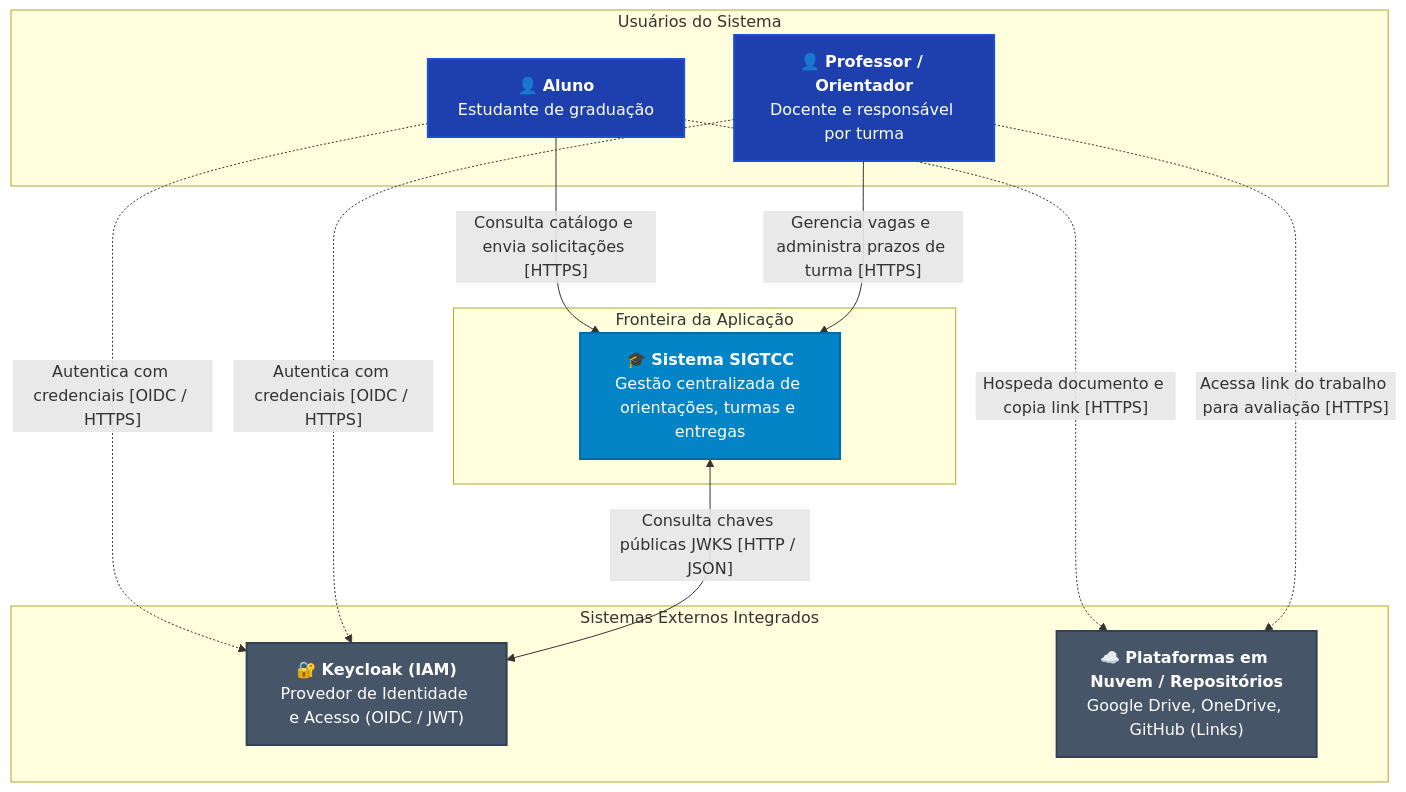
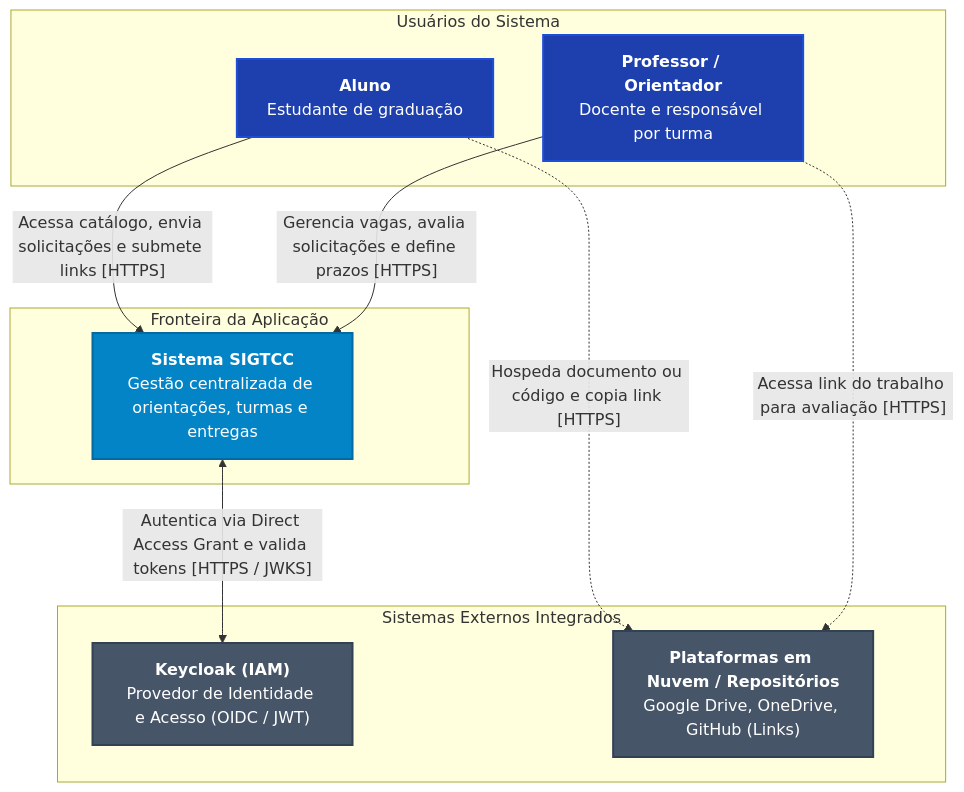
The diagram in docs/diagramas/c1-contexto.md (IFSC-ES2/es2-2026_2-equipe-3), drawn with Mermaid before and after one commit. The commit also changed other lines of this file and 2 other files, not shown here.

Commit message:
docs: ajusta arquitetura e diagramas

````diff
--- a/docs/diagramas/c1-contexto.md
+++ b/docs/diagramas/c1-contexto.md
@@ -9,30 +9,28 @@
 ```mermaid
 flowchart TB
     classDef actor fill:#1e40af,stroke:#1d4ed8,stroke-width:2px,color:#ffffff;
     classDef system fill:#0284c7,stroke:#0369a1,stroke-width:2px,color:#ffffff;
     classDef external fill:#475569,stroke:#334155,stroke-width:2px,color:#ffffff;
 
     subgraph Atores["Usuários do Sistema"]
-        aluno["👤 <b>Aluno</b><br/>Estudante de graduação"]:::actor
-        professor["👤 <b>Professor / Orientador</b><br/>Docente e responsável por turma"]:::actor
+        aluno["<b>Aluno</b><br/>Estudante de graduação"]:::actor
+        professor["<b>Professor / Orientador</b><br/>Docente e responsável por turma"]:::actor
     end
 
     subgraph Fronteira["Fronteira da Aplicação"]
-        sigtcc["🎓 <b>Sistema SIGTCC</b><br/>Gestão centralizada de orientações, turmas e entregas"]:::system
+        sigtcc["<b>Sistema SIGTCC</b><br/>Gestão centralizada de orientações, turmas e entregas"]:::system
     end
 
     subgraph Externos["Sistemas Externos Integrados"]
-        keycloak["🔐 <b>Keycloak (IAM)</b><br/>Provedor de Identidade e Acesso (OIDC / JWT)"]:::external
-        nuvem["☁️ <b>Plataformas em Nuvem / Repositórios</b><br/>Google Drive, OneDrive, GitHub (Links)"]:::external
+        keycloak["<b>Keycloak (IAM)</b><br/>Provedor de Identidade e Acesso (OIDC / JWT)"]:::external
+        nuvem["<b>Plataformas em Nuvem / Repositórios</b><br/>Google Drive, OneDrive, GitHub (Links)"]:::external
     end
 
-    aluno -->|"Consulta catálogo e envia solicitações [HTTPS]"| sigtcc
-    professor -->|"Gerencia vagas e administra prazos de turma [HTTPS]"| sigtcc
+    aluno -->|"Acessa catálogo, envia solicitações e submete links [HTTPS]"| sigtcc
+    professor -->|"Gerencia vagas, avalia solicitações e define prazos [HTTPS]"| sigtcc
 
-    aluno -.->|"Autentica com credenciais [OIDC / HTTPS]"| keycloak
-    professor -.->|"Autentica com credenciais [OIDC / HTTPS]"| keycloak
-    sigtcc <-->|"Consulta chaves públicas JWKS [HTTP / JSON]"| keycloak
+    sigtcc <-->|"Autentica via Direct Access Grant e valida tokens [HTTPS / JWKS]"| keycloak
 
-    aluno -.->|"Hospeda documento e copia link [HTTPS]"| nuvem
+    aluno -.->|"Hospeda documento ou código e copia link [HTTPS]"| nuvem
     professor -.->|"Acessa link do trabalho para avaliação [HTTPS]"| nuvem
 ```
````
